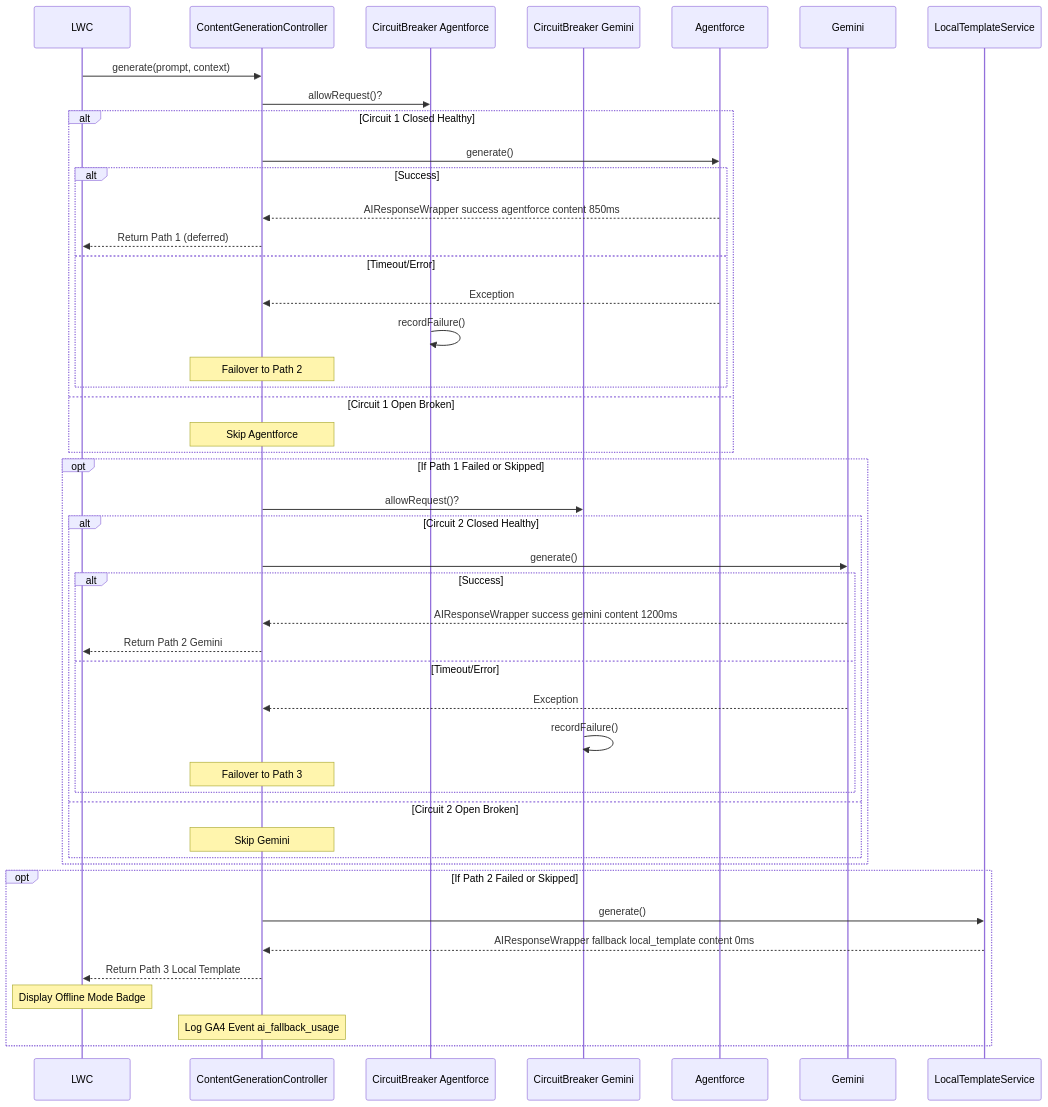
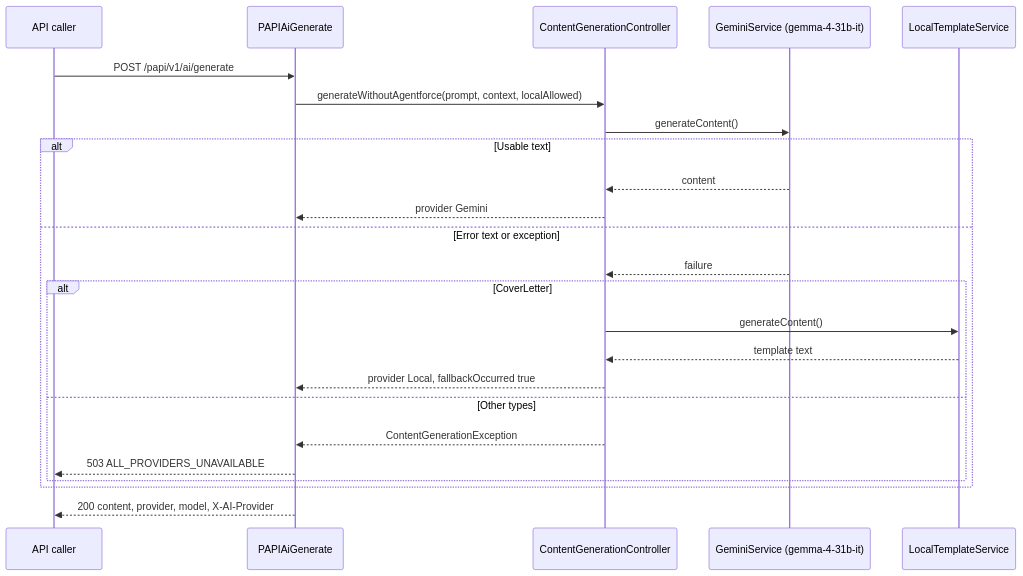
One commit to rdbumstead/salesforce-platform-architect-portfolio changed the fourth of 5 diagrams in docs/guides/03-SAS.md. Above: the diagram before and after it, drawn with Mermaid. The commit also changed other lines of this file and 2 other files, not shown here.

Commit message:
docs(guides): reconcile the guides with the Round 2 code
Technical Guide: rate limiting through RateWindowLimiter; both External
Credential principals and Named Credentials; the WS1b grants and the
Portfolio_Guest permission set as decided scope; the cleanup job at
03:00, which now also deletes old rate windows; the SAPIResume check
after deploy; the real IAIGenerationService interface; Gemini quota
tracking marked not built; the cover-letter page returns the Agentforce
mock while /ai/generate reaches gemma-4-31b-it.

Maintenance Guide: rotation updates both principals and
Last_Secret_Rotation__c and is verified through PAPIHealth's
dependencies.credential; a cap of 0 pauses vending; Portfolio_Guest in
the guest rollback; quota monitoring marked not built.

SAS: the generation strategy and sequence diagram as built, the
/ai/generate row, the token-vending credential, and the API 429 path.

````diff
--- a/docs/guides/03-SAS.md
+++ b/docs/guides/03-SAS.md
@@ -385,52 +392,27 @@
 ```mermaid
 sequenceDiagram
-    participant UI as LWC
+    participant Client as API caller
+    participant API as PAPIAiGenerate
     participant Dispatcher as ContentGenerationController
-    participant CB1 as CircuitBreaker Agentforce
-    participant CB2 as CircuitBreaker Gemini
-    participant Agentforce
-    participant Gemini
+    participant Gemini as GeminiService (gemma-4-31b-it)
     participant Local as LocalTemplateService
 
-    UI->>Dispatcher: generate(prompt, context)
-    Dispatcher->>CB1: allowRequest()?
-
-    alt Circuit 1 Closed Healthy
-        Dispatcher->>Agentforce: generate()
-        alt Success
-            Agentforce-->>Dispatcher: AIResponseWrapper success agentforce content 850ms
-            Dispatcher-->>UI: Return Path 1 (deferred)
-        else Timeout/Error
-            Agentforce-->>Dispatcher: Exception
-            CB1->>CB1: recordFailure()
-            Note over Dispatcher: Failover to Path 2
-        end
-    else Circuit 1 Open Broken
-        Note over Dispatcher: Skip Agentforce
-    end
-
-    opt If Path 1 Failed or Skipped
-        Dispatcher->>CB2: allowRequest()?
-        alt Circuit 2 Closed Healthy
-            Dispatcher->>Gemini: generate()
-            alt Success
-                Gemini-->>Dispatcher: AIResponseWrapper success gemini content 1200ms
-                Dispatcher-->>UI: Return Path 2 Gemini
-            else Timeout/Error
-                Gemini-->>Dispatcher: Exception
-                CB2->>CB2: recordFailure()
-                Note over Dispatcher: Failover to Path 3
-            end
-        else Circuit 2 Open Broken
-            Note over Dispatcher: Skip Gemini
+    Client->>API: POST /papi/v1/ai/generate
+    API->>Dispatcher: generateWithoutAgentforce(prompt, context, localAllowed)
+    Dispatcher->>Gemini: generateContent()
+    alt Usable text
+        Gemini-->>Dispatcher: content
+        Dispatcher-->>API: provider Gemini
+    else Error text or exception
+        Gemini-->>Dispatcher: failure
+        alt CoverLetter
+            Dispatcher->>Local: generateContent()
+            Local-->>Dispatcher: template text
+            Dispatcher-->>API: provider Local, fallbackOccurred true
+        else Other types
+            Dispatcher-->>API: ContentGenerationException
+            API-->>Client: 503 ALL_PROVIDERS_UNAVAILABLE
         end
     end
-
-    opt If Path 2 Failed or Skipped
-        Dispatcher->>Local: generate()
-        Local-->>Dispatcher: AIResponseWrapper fallback local_template content 0ms
-        Dispatcher-->>UI: Return Path 3 Local Template
-        Note over UI: Display Offline Mode Badge
-        Note over Dispatcher: Log GA4 Event ai_fallback_usage
-    end
+    API-->>Client: 200 content, provider, model, X-AI-Provider
 ```
````
